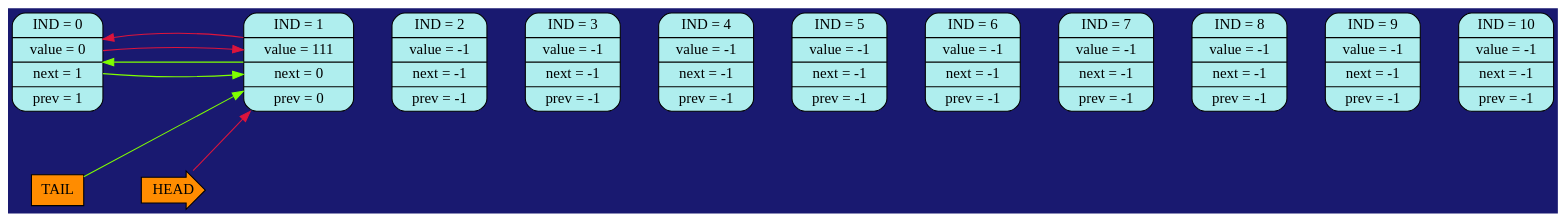
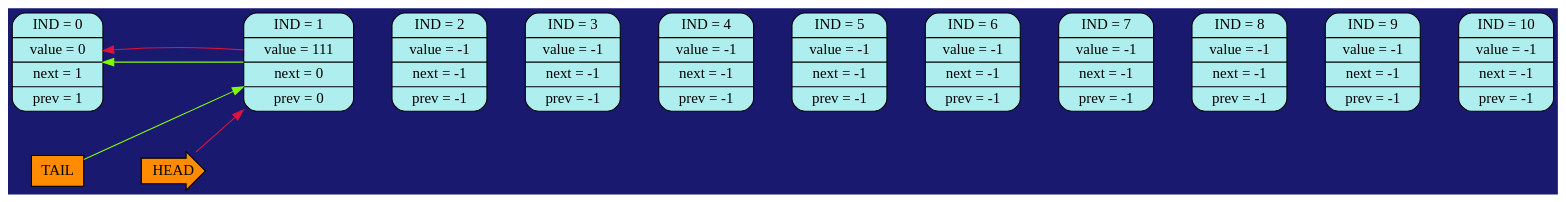
The diagram in pictures/image01.dot (SashaKhaytina/List), drawn with Graphviz before and after one commit. The commit also changed 10 other files, not shown here.

```diff
--- a/pictures/image01.dot
+++ b/pictures/image01.dot
@@ -1,39 +1,37 @@
 digraph
 {
 bgcolor="#191970";
 rankdir = LR;
 edge[style="invis", weight = 1000000];
 IND_0[shape=Mrecord, label = "IND = 0 | value = 0 | next = 1 | prev = 1 ", style="filled",fillcolor="#AFEEEE"]
 IND_1[shape=Mrecord, label = "IND = 1 | value = 111 | next = 0 | prev = 0 ", style="filled",fillcolor="#AFEEEE"]
 IND_2[shape=Mrecord, label = "IND = 2 | value = -1 | next = -1 | prev = -1 ", style="filled",fillcolor="#AFEEEE"]
 IND_3[shape=Mrecord, label = "IND = 3 | value = -1 | next = -1 | prev = -1 ", style="filled",fillcolor="#AFEEEE"]
 IND_4[shape=Mrecord, label = "IND = 4 | value = -1 | next = -1 | prev = -1 ", style="filled",fillcolor="#AFEEEE"]
 IND_5[shape=Mrecord, label = "IND = 5 | value = -1 | next = -1 | prev = -1 ", style="filled",fillcolor="#AFEEEE"]
 IND_6[shape=Mrecord, label = "IND = 6 | value = -1 | next = -1 | prev = -1 ", style="filled",fillcolor="#AFEEEE"]
 IND_7[shape=Mrecord, label = "IND = 7 | value = -1 | next = -1 | prev = -1 ", style="filled",fillcolor="#AFEEEE"]
 IND_8[shape=Mrecord, label = "IND = 8 | value = -1 | next = -1 | prev = -1 ", style="filled",fillcolor="#AFEEEE"]
 IND_9[shape=Mrecord, label = "IND = 9 | value = -1 | next = -1 | prev = -1 ", style="filled",fillcolor="#AFEEEE"]
 IND_10[shape=Mrecord, label = "IND = 10 | value = -1 | next = -1 | prev = -1 ", style="filled",fillcolor="#AFEEEE"]
 IND_0 -> IND_1
 IND_1 -> IND_2
 IND_2 -> IND_3
 IND_3 -> IND_4
 IND_4 -> IND_5
 IND_5 -> IND_6
 IND_6 -> IND_7
 IND_7 -> IND_8
 IND_8 -> IND_9
 IND_9 -> IND_10
 TAIL[shape="rectangle", width = 0.5, height = 0.4, style="filled", fillcolor="#FF8C00"];
 HEAD[shape="rarrow", width = 0.5, height = 0.5, style="filled", fillcolor="#FF8C00"];
 { rank = same; TAIL; IND_0}
 TAIL -> HEAD
 edge[color="#7FFF00", weight = 1, style=""];
-IND_0 -> IND_1;
 IND_1 -> IND_0;
 TAIL -> IND_1;
 edge[color="#DC143C", weight = 1, style=""];
-IND_0 -> IND_1;
 IND_1 -> IND_0;
 HEAD -> IND_1;
 }
```
